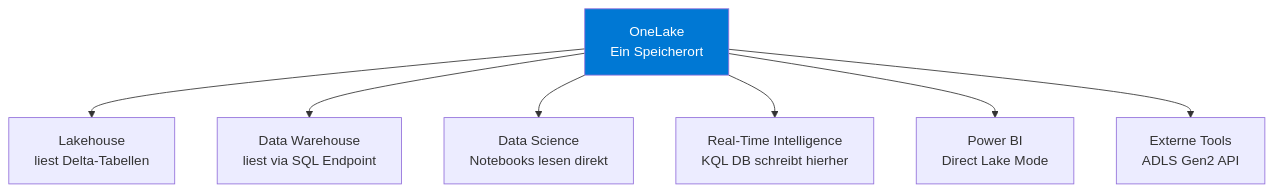
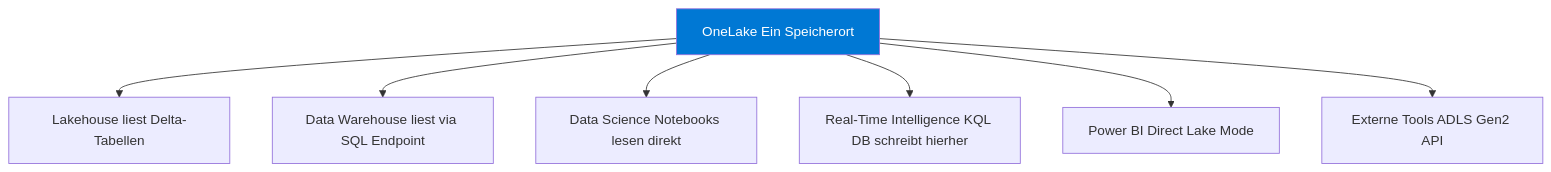
One commit to SoniiiT/notes-n-docs changed the first of 5 diagrams in Microsoft 365/Azure/Fabric/OneLake.md. Above: the diagram before and after it, drawn with Mermaid. The commit also changed other lines of this file and 124 other files, not shown here.

First line of the commit message:
fix: Entferne \n aus allen Mermaid-Diagrammen (125 Dateien)

````diff
--- a/Microsoft 365/Azure/Fabric/OneLake.md
+++ b/Microsoft 365/Azure/Fabric/OneLake.md
@@ -44,12 +44,12 @@
 ```mermaid
 graph TD
-    OL[OneLake\nEin Speicherort]
-    OL --> LH[Lakehouse\nliest Delta-Tabellen]
-    OL --> WH[Data Warehouse\nliest via SQL Endpoint]
-    OL --> DS[Data Science\nNotebooks lesen direkt]
-    OL --> RTI[Real-Time Intelligence\nKQL DB schreibt hierher]
-    OL --> PBI[Power BI\nDirect Lake Mode]
-    OL --> EXT[Externe Tools\nADLS Gen2 API]
+    OL[OneLake Ein Speicherort]
+    OL --> LH[Lakehouse liest Delta-Tabellen]
+    OL --> WH[Data Warehouse liest via SQL Endpoint]
+    OL --> DS[Data Science Notebooks lesen direkt]
+    OL --> RTI[Real-Time Intelligence KQL DB schreibt hierher]
+    OL --> PBI[Power BI Direct Lake Mode]
+    OL --> EXT[Externe Tools ADLS Gen2 API]
     
     style OL fill:#0078d4,color:#fff
 ```
````
